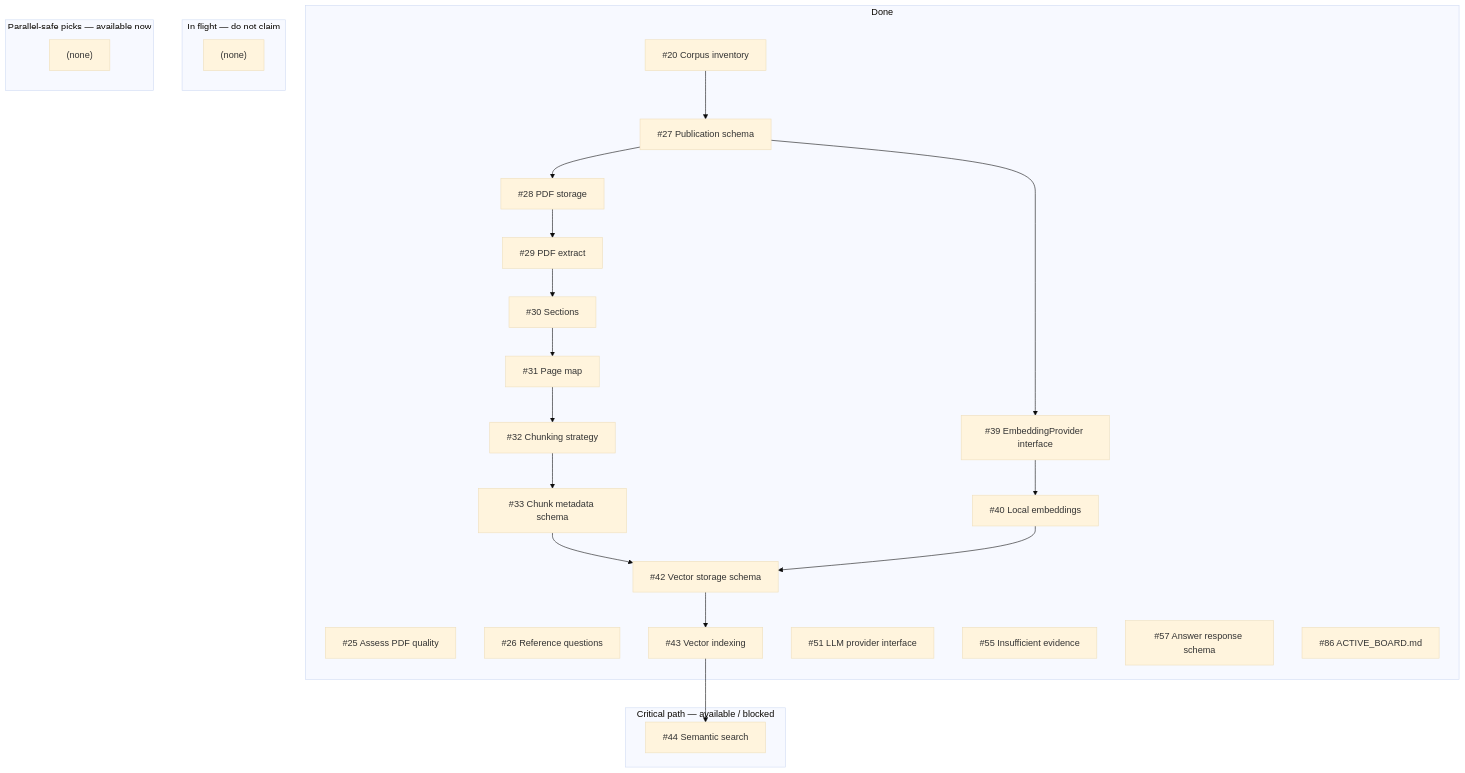
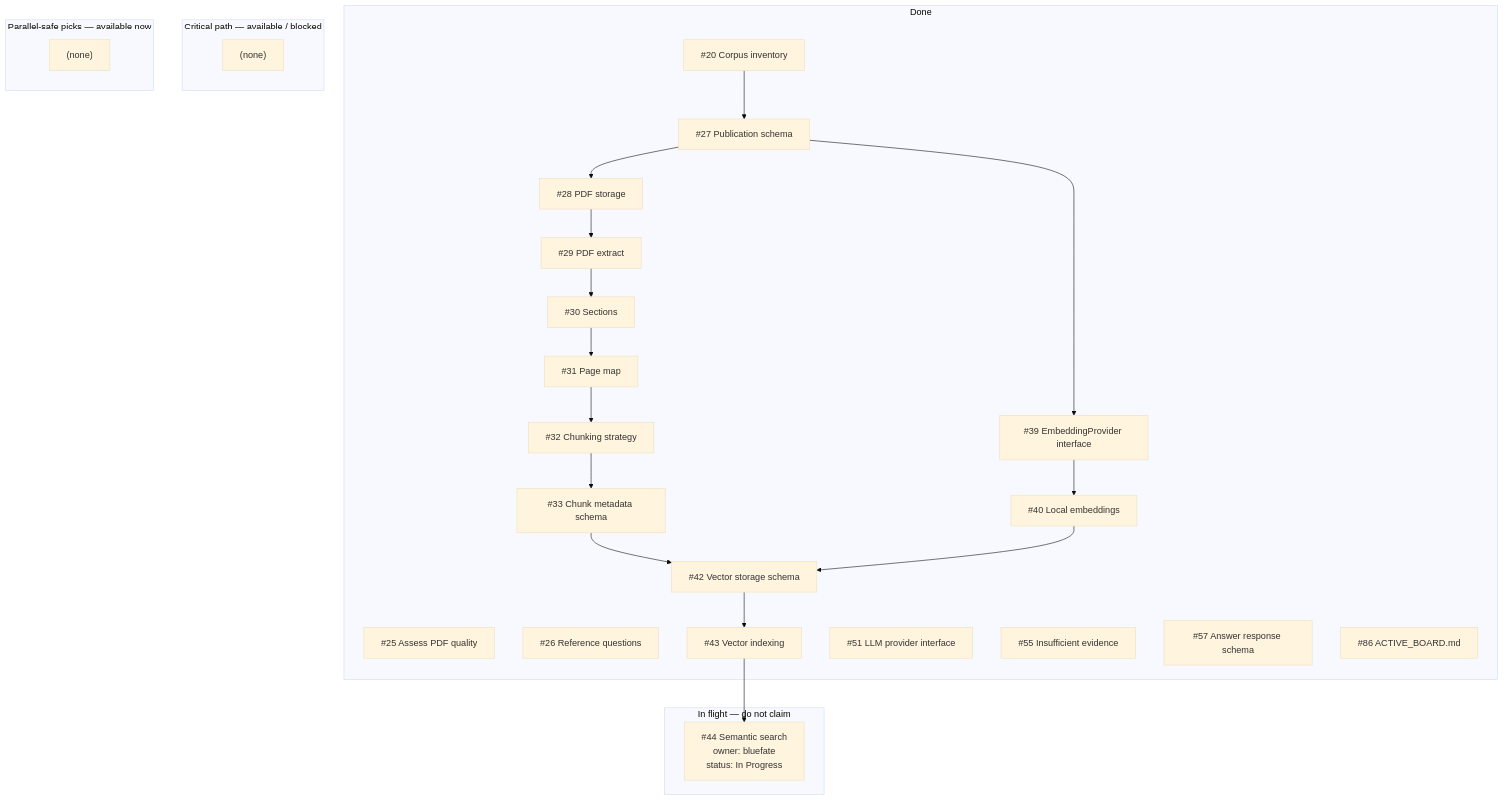
Before and after one commit to bluefate/spacebio-evidence-engine: the diagram in docs/development/ACTIVE_BOARD.md, drawn with Mermaid (base theme). The commit also changed other lines of this file, not shown here.

Commit message:
chore: refresh active board after pr open

````diff
--- a/docs/development/ACTIVE_BOARD.md
+++ b/docs/development/ACTIVE_BOARD.md
@@ -62,45 +62,45 @@
 ```mermaid
 flowchart TB
   subgraph done [Done]
     i20["#20 Corpus inventory"]
     i25["#25 Assess PDF quality"]
     i26["#26 Reference questions"]
     i27["#27 Publication schema"]
     i28["#28 PDF storage"]
     i29["#29 PDF extract"]
     i30["#30 Sections"]
     i31["#31 Page map"]
     i32["#32 Chunking strategy"]
     i33["#33 Chunk metadata schema"]
     i39["#39 EmbeddingProvider interface"]
     i40["#40 Local embeddings"]
     i42["#42 Vector storage schema"]
     i43["#43 Vector indexing"]
     i51["#51 LLM provider interface"]
     i55["#55 Insufficient evidence"]
     i57["#57 Answer response schema"]
     i86["#86 ACTIVE_BOARD.md"]
   end
   subgraph inflight [In flight — do not claim]
-    inflight_empty["(none)"]
+    i44["#44 Semantic search<br/>owner: bluefate<br/>status: In Progress"]
   end
   subgraph nextCritical [Critical path — available / blocked]
-    i44["#44 Semantic search"]
+    nextCritical_empty["(none)"]
   end
   subgraph nextParallel [Parallel-safe picks — available now]
     nextParallel_empty["(none)"]
   end
   i20 --> i27
   i27 --> i28
   i28 --> i29
   i29 --> i30
   i30 --> i31
   i31 --> i32
   i32 --> i33
   i33 --> i42
   i27 --> i39
   i39 --> i40
   i40 --> i42
   i42 --> i43
   i43 --> i44
 ```
````
